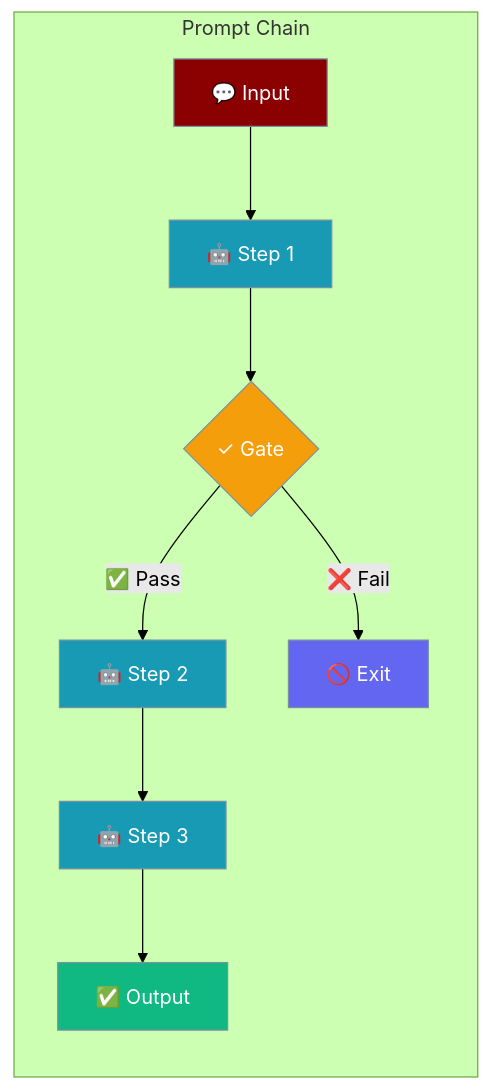
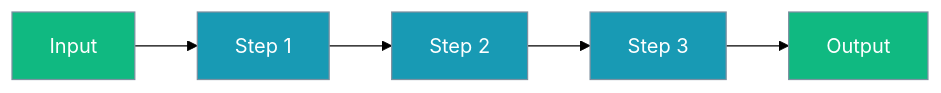
One commit to MervinPraison/PraisonAIDocs changed the diagram in docs/features/promptchaining.mdx. Above: the diagram before and after it, drawn with Mermaid (forest theme). The commit also changed other lines of this file and 4 other files, not shown here.

````diff
--- a/docs/features/promptchaining.mdx
+++ b/docs/features/promptchaining.mdx
@@ -8,23 +21,14 @@
 ```mermaid
 graph LR
-    subgraph "Prompt Chain"
-        In["💬 Input"] --> LLM1["🤖 Step 1"]
-        LLM1 --> Gate{"✓ Gate"}
-        Gate -->|"✅ Pass"| LLM2["🤖 Step 2"]
-        LLM2 --> LLM3["🤖 Step 3"]
-        LLM3 --> Out["✅ Output"]
-        Gate -->|"❌ Fail"| Exit["🚫 Exit"]
-    end
+    In["Input"] --> S1["Step 1"]
+    S1 --> S2["Step 2"]
+    S2 --> S3["Step 3"]
+    S3 --> Out["Output"]
 
-    classDef input fill:#8B0000,stroke:#7C90A0,color:#fff
-    classDef agent fill:#189AB4,stroke:#7C90A0,color:#fff
-    classDef gate fill:#F59E0B,stroke:#7C90A0,color:#fff
+    classDef agent fill:#8B0000,stroke:#7C90A0,color:#fff
+    classDef step fill:#189AB4,stroke:#7C90A0,color:#fff
     classDef output fill:#10B981,stroke:#7C90A0,color:#fff
-    classDef exit fill:#6366F1,stroke:#7C90A0,color:#fff
 
-    class In input
-    class LLM1,LLM2,LLM3 agent
-    class Gate gate
-    class Out output
-    class Exit exit
+    class In,Out output
+    class S1,S2,S3 step
 ```
````
